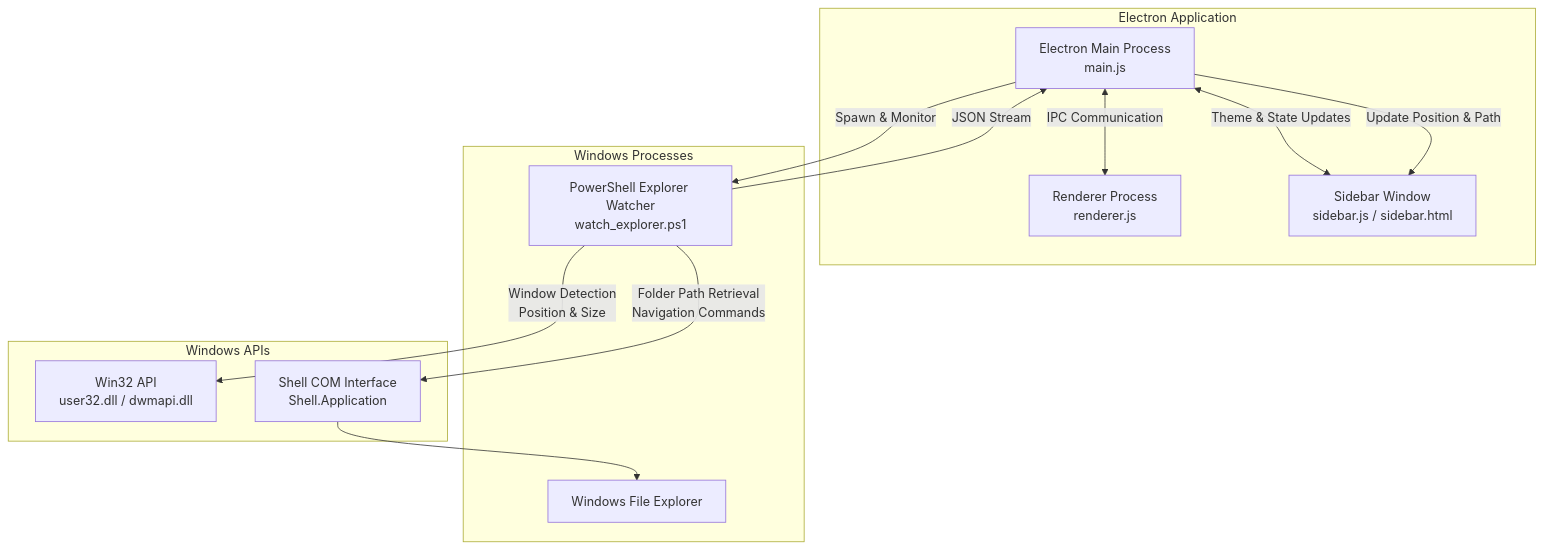
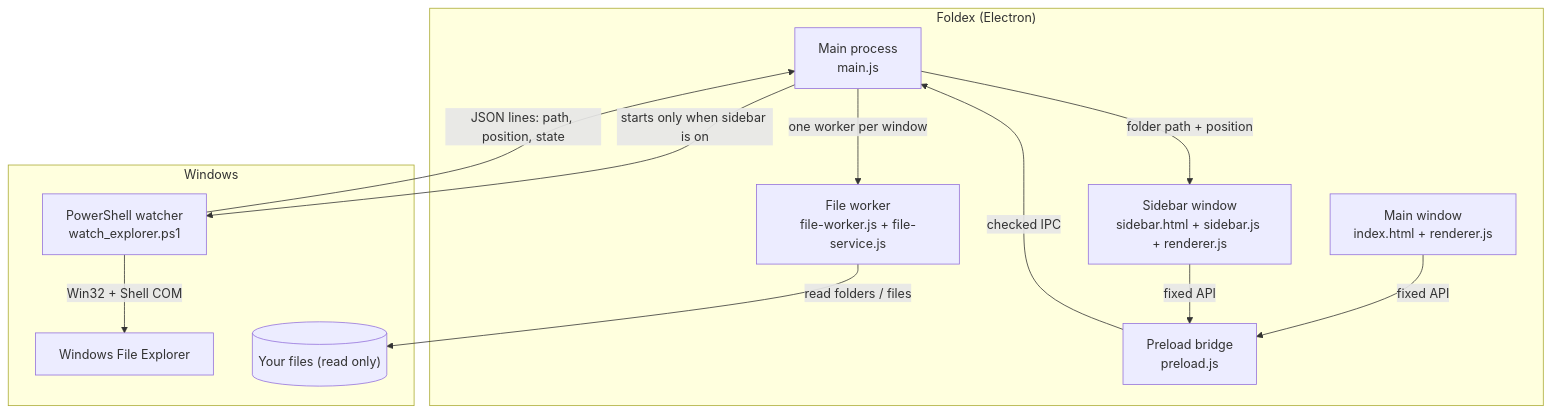
The diagram in README.md (Danidu-Muhandiram/Foldex-Windows-Explorer-Folder-Tree), drawn with Mermaid before and after one commit. The commit also changed other lines of this file and 8 other files, not shown here.

````diff
--- a/README.md
+++ b/README.md
@@ -102,34 +345,26 @@
 ```mermaid
 graph TD
-
-    subgraph Electron Application
-        Main[Electron Main Process<br/>main.js]
-        Renderer[Renderer Process<br/>renderer.js]
-        Sidebar[Sidebar Window<br/>sidebar.js / sidebar.html]
+    subgraph Foldex["Foldex (Electron)"]
+        Main["Main process<br/>main.js"]
+        UI["Main window<br/>index.html + renderer.js"]
+        SB["Sidebar window<br/>sidebar.html + sidebar.js + renderer.js"]
+        Pre["Preload bridge<br/>preload.js"]
+        W1["File worker<br/>file-worker.js + file-service.js"]
     end
 
-    subgraph Windows Processes
-        PS[PowerShell Explorer Watcher<br/>watch_explorer.ps1]
-        Explorer[Windows File Explorer]
+    subgraph Windows
+        PS["PowerShell watcher<br/>watch_explorer.ps1"]
+        EXP["Windows File Explorer"]
+        FS[("Your files (read only)")]
     end
 
-    subgraph Windows APIs
-        Win32[Win32 API<br/>user32.dll / dwmapi.dll]
-        COM[Shell COM Interface<br/>Shell.Application]
-    end
-
-
-    Main <-->|IPC Communication| Renderer
-    Main <-->|Theme & State Updates| Sidebar
-
-    Main -->|Spawn & Monitor| PS
-
-    PS -->|Window Detection<br/>Position & Size| Win32
-    PS -->|Folder Path Retrieval<br/>Navigation Commands| COM
-
-    COM --> Explorer
-
-    PS -->|JSON Stream| Main
-
-    Main -->|Update Position & Path| Sidebar
+    UI -- "fixed API" --> Pre
+    SB -- "fixed API" --> Pre
+    Pre -- "checked IPC" --> Main
+    Main -- "one worker per window" --> W1
+    W1 -- "read folders / files" --> FS
+    Main -- "starts only when sidebar is on" --> PS
+    PS -- "Win32 + Shell COM" --> EXP
+    PS -- "JSON lines: path, position, state" --> Main
+    Main -- "folder path + position" --> SB
 ```
````
